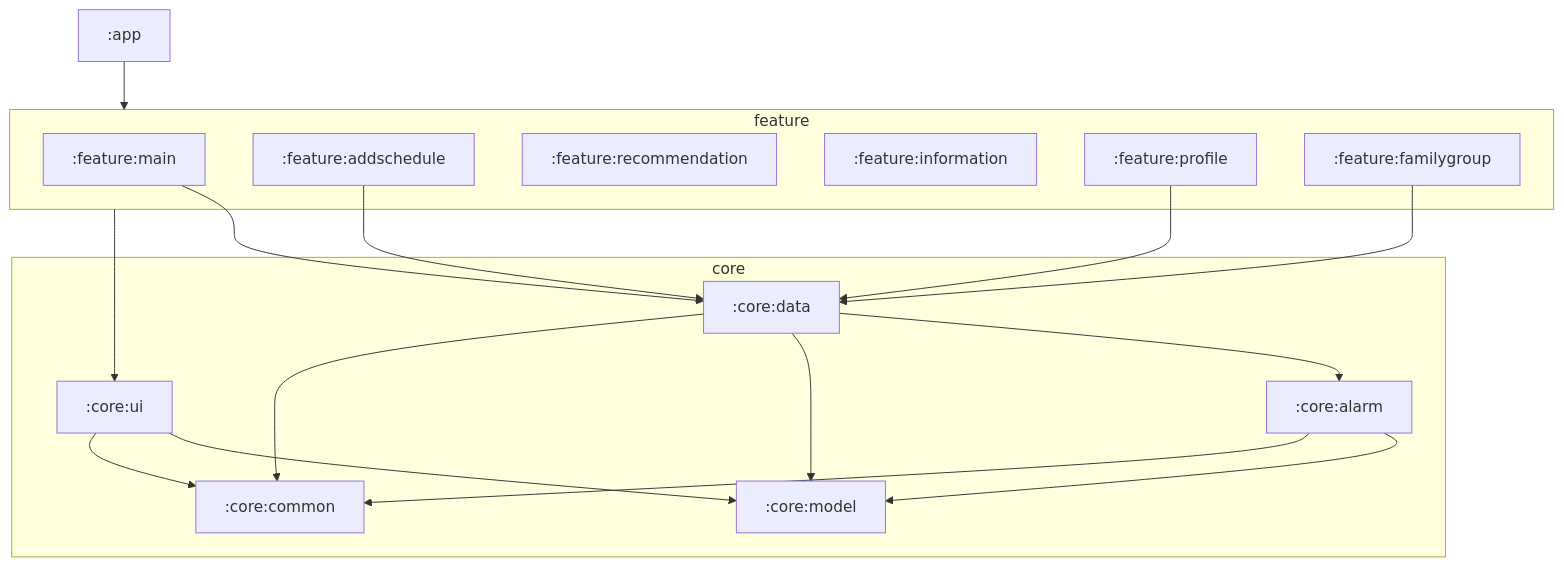
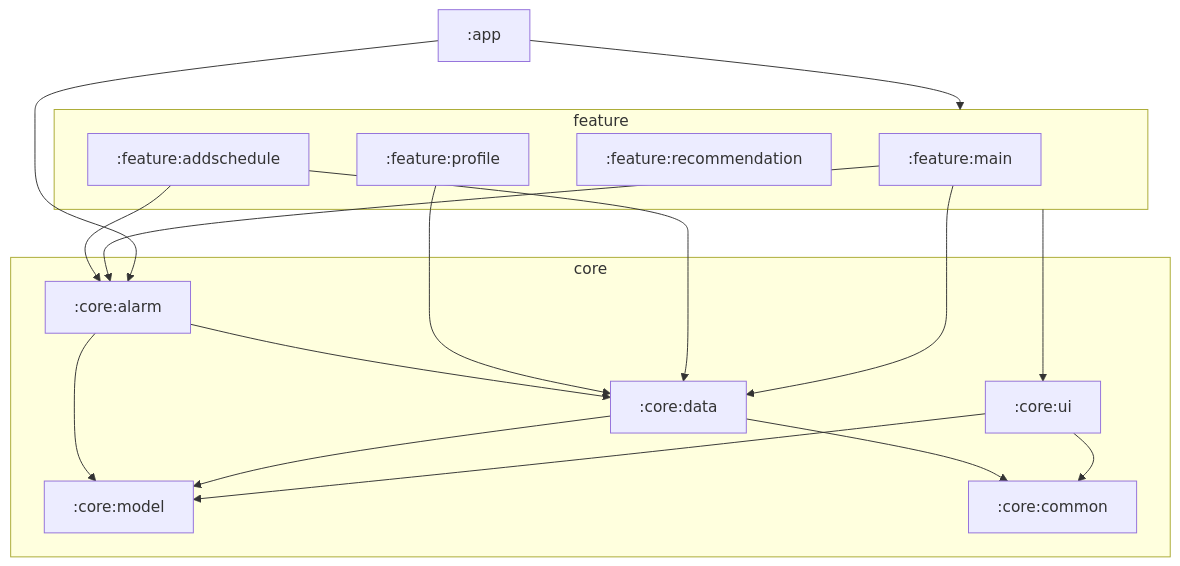
Before and after one commit to 1hyok/SlowClock: the diagram in wiki/Architecture.md, drawn with Mermaid. The commit also changed other lines of this file and 3 other files, not shown here.

````diff
--- a/wiki/Architecture.md
+++ b/wiki/Architecture.md
@@ -7,32 +7,31 @@
 ```mermaid
 graph TD
   app[":app"]
   subgraph feature
     fmain[":feature:main"]
     fadd[":feature:addschedule"]
     frec[":feature:recommendation"]
-    finfo[":feature:information"]
     fprof[":feature:profile"]
-    ffam[":feature:familygroup"]
   end
   subgraph core
     cui[":core:ui"]
     cdata[":core:data"]
     calarm[":core:alarm"]
     cmodel[":core:model"]
     ccommon[":core:common"]
   end
   app --> feature
+  app --> calarm
   feature --> cui
   fmain --> cdata
   fadd --> cdata
   fprof --> cdata
-  ffam --> cdata
-  cdata --> calarm
+  fmain --> calarm
+  fadd --> calarm
+  calarm --> cdata
   cui --> cmodel
   cdata --> cmodel
   calarm --> cmodel
   cui --> ccommon
   cdata --> ccommon
-  calarm --> ccommon
 ```
````
